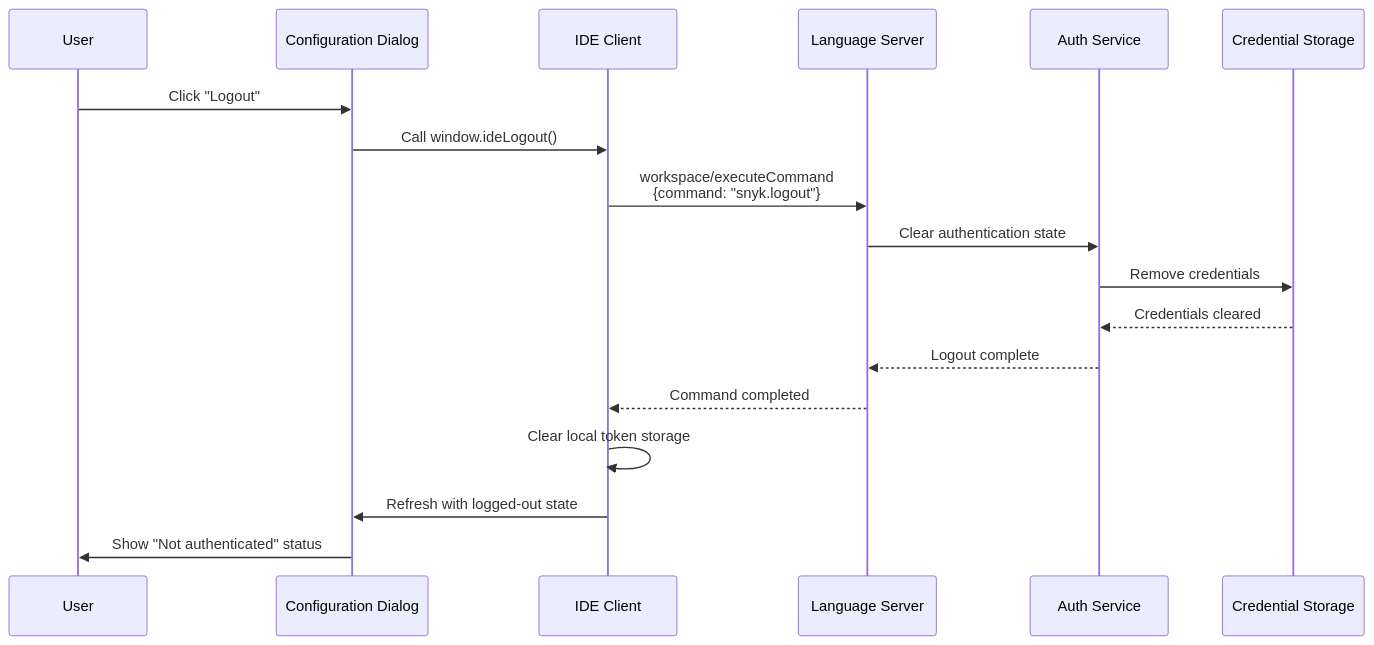
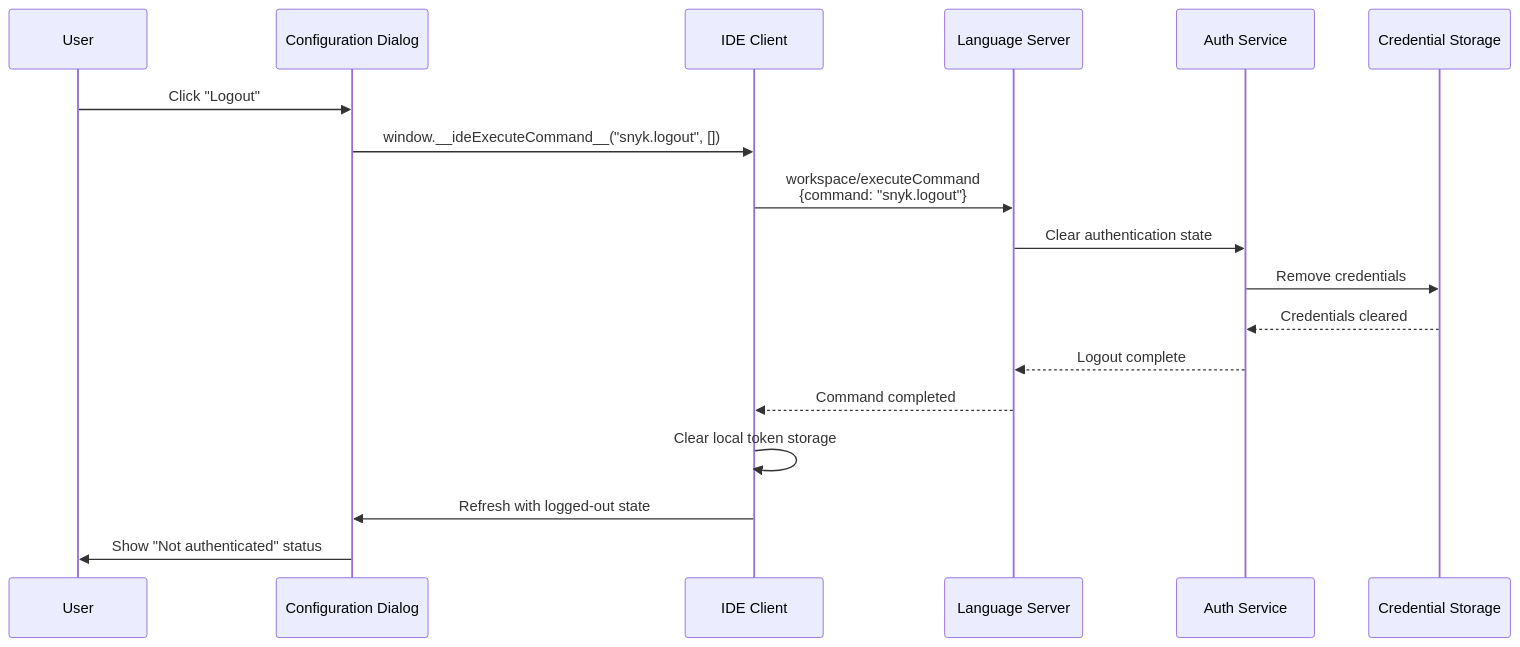
One commit to snyk/snyk-ls changed the fifth of 5 diagrams in docs/configuration-dialog.md. Above: the diagram before and after it, drawn with Mermaid. The commit also changed other lines of this file, not shown here.

````diff
--- a/docs/configuration-dialog.md
+++ b/docs/configuration-dialog.md
@@ -539,26 +566,26 @@
 ```mermaid
 sequenceDiagram
     participant User as User
     participant Dialog as Configuration Dialog
     participant IDE as IDE Client
     participant LSP as Language Server
     participant Auth as Auth Service
     participant Storage as Credential Storage
     
     User->>Dialog: Click "Logout"
-    Dialog->>IDE: Call window.ideLogout()
+    Dialog->>IDE: window.__ideExecuteCommand__("snyk.logout", [])
     
     IDE->>LSP: workspace/executeCommand<br/>{command: "snyk.logout"}
     
     LSP->>Auth: Clear authentication state
     Auth->>Storage: Remove credentials
     Storage-->>Auth: Credentials cleared
     Auth-->>LSP: Logout complete
     
     LSP-->>IDE: Command completed
     
     IDE->>IDE: Clear local token storage
     
     IDE->>Dialog: Refresh with logged-out state
     Dialog->>User: Show "Not authenticated" status
 ```
````
